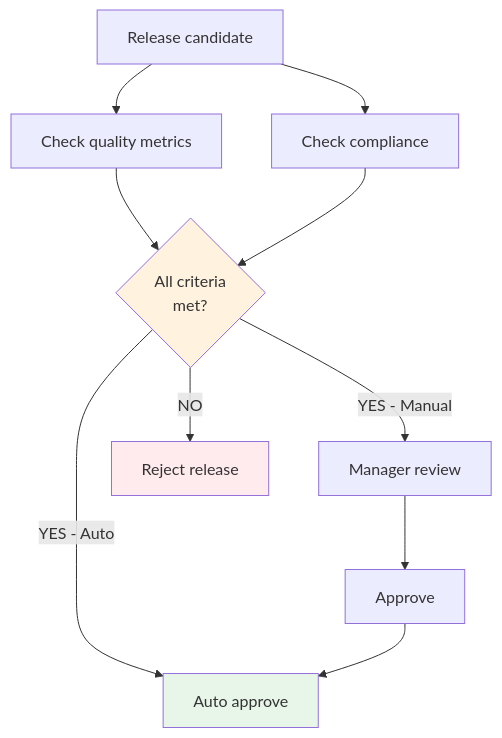
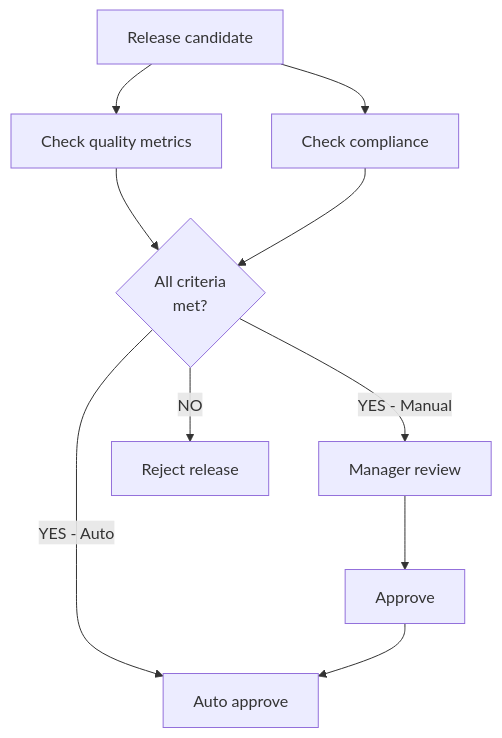
One commit to ready-to-release/eac changed the third of 6 diagrams in docs/explanation/continuous-delivery/cd-model/cd-model-stages-7-12.md. Above: the diagram before and after it, drawn with Mermaid. The commit also changed other lines of this file and 28 other files, not shown here.

````diff
--- a/docs/explanation/continuous-delivery/cd-model/cd-model-stages-7-12.md
+++ b/docs/explanation/continuous-delivery/cd-model/cd-model-stages-7-12.md
@@ -210,19 +204,16 @@
 ```mermaid
 flowchart TD
     RC[Release candidate] --> Quality[Check quality metrics]
     RC --> Compliance[Check compliance]
 
     Quality --> Gate{All criteria<br/>met?}
     Compliance --> Gate
 
     Gate -->|YES - Auto| Deploy[Auto approve]
     Gate -->|YES - Manual| Review[Manager review]
     Gate -->|NO| Reject[Reject release]
 
     Review --> Approve[Approve]
     Approve --> Deploy
 
-    style Gate fill:#fff3e0
-    style Deploy fill:#e8f5e9
-    style Reject fill:#ffebee
 ```
````
